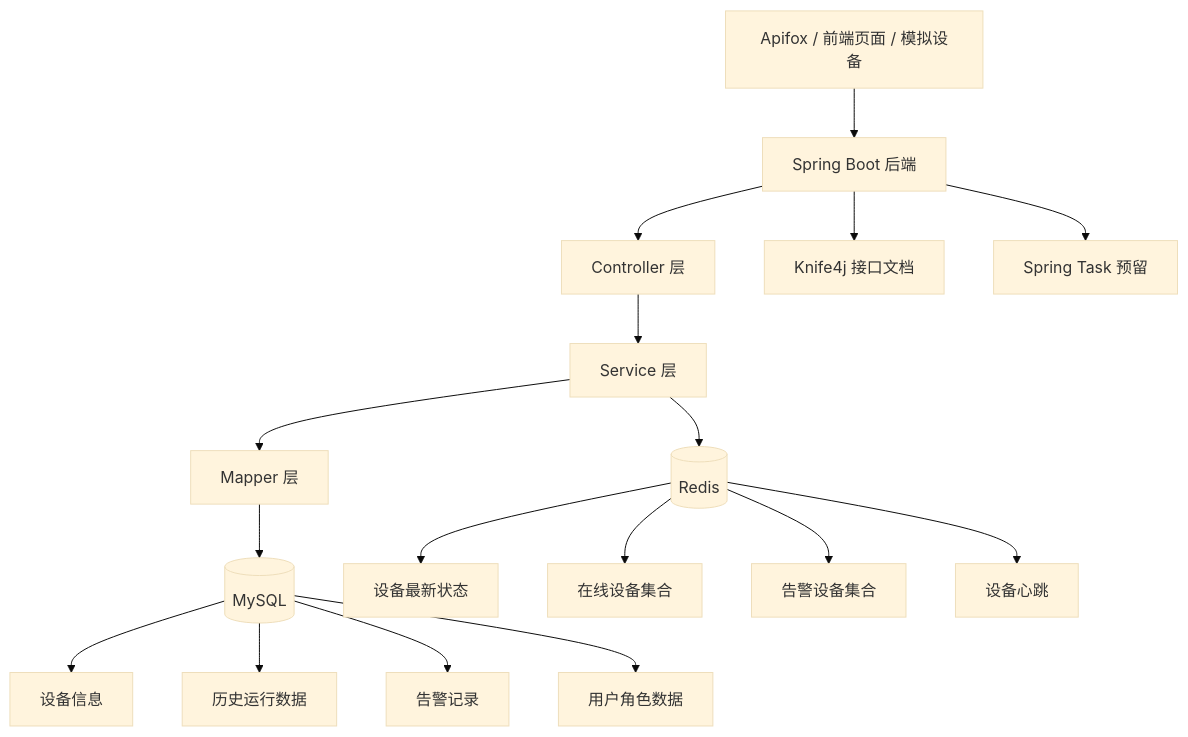
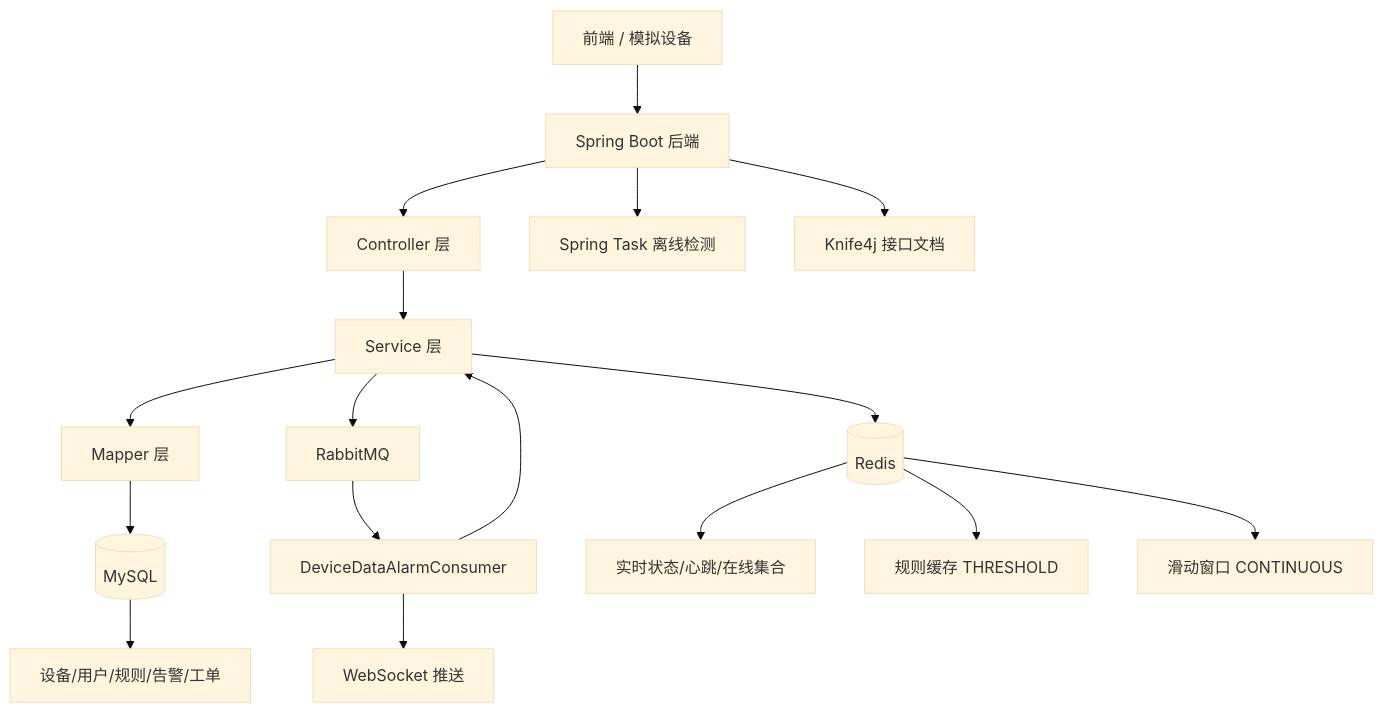
The first of 3 diagrams in docs/02-系统架构设计.md (ccbcc11/charge-monitor-platform), drawn with Mermaid (base theme) before and after one commit. The commit also changed other lines of this file and 5 other files, not shown here.

````diff
--- a/docs/02-系统架构设计.md
+++ b/docs/02-系统架构设计.md
@@ -34,23 +32,24 @@
 ```mermaid
 flowchart TD
-    A[Apifox / 前端页面 / 模拟设备] --> B[Spring Boot 后端]
+    A[前端 / 模拟设备] --> B[Spring Boot 后端]
 
     B --> C[Controller 层]
     C --> D[Service 层]
     D --> E[Mapper 层]
 
     E --> F[(MySQL)]
     D --> G[(Redis)]
-    B --> H[Knife4j 接口文档]
-    B --> I[Spring Task 预留]
+    D --> H[RabbitMQ]
 
-    F --> F1[设备信息]
-    F --> F2[历史运行数据]
-    F --> F3[告警记录]
-    F --> F4[用户角色数据]
+    H --> I[DeviceDataAlarmConsumer]
+    I --> D
+    I --> J[WebSocket 推送]
 
-    G --> G1[设备最新状态]
-    G --> G2[在线设备集合]
-    G --> G3[告警设备集合]
-    G --> G4[设备心跳]
+    B --> K[Spring Task 离线检测]
+    B --> L[Knife4j 接口文档]
+
+    F --> F1[设备/用户/规则/告警/工单]
+    G --> G1[实时状态/心跳/在线集合]
+    G --> G2[规则缓存 THRESHOLD]
+    G --> G3[滑动窗口 CONTINUOUS]
 ```
````
